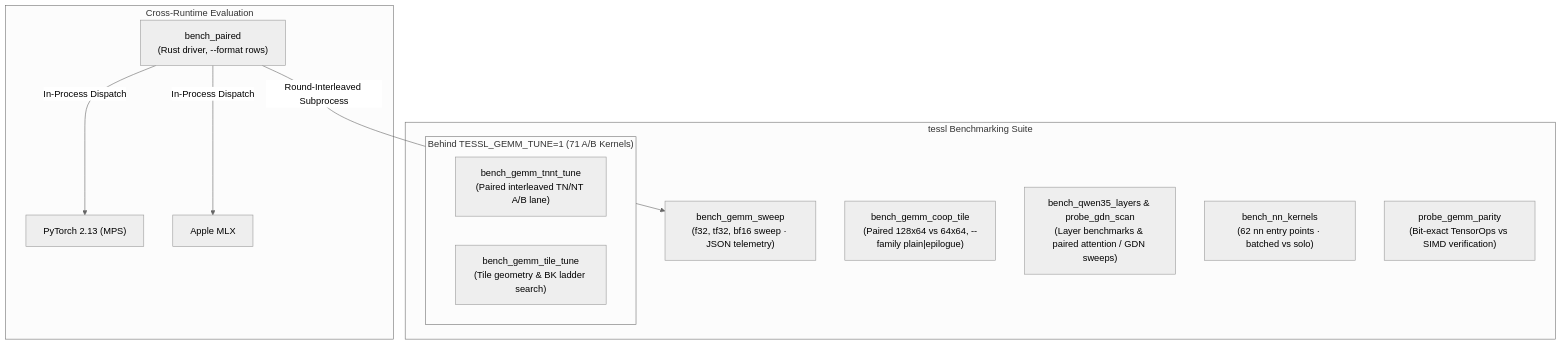
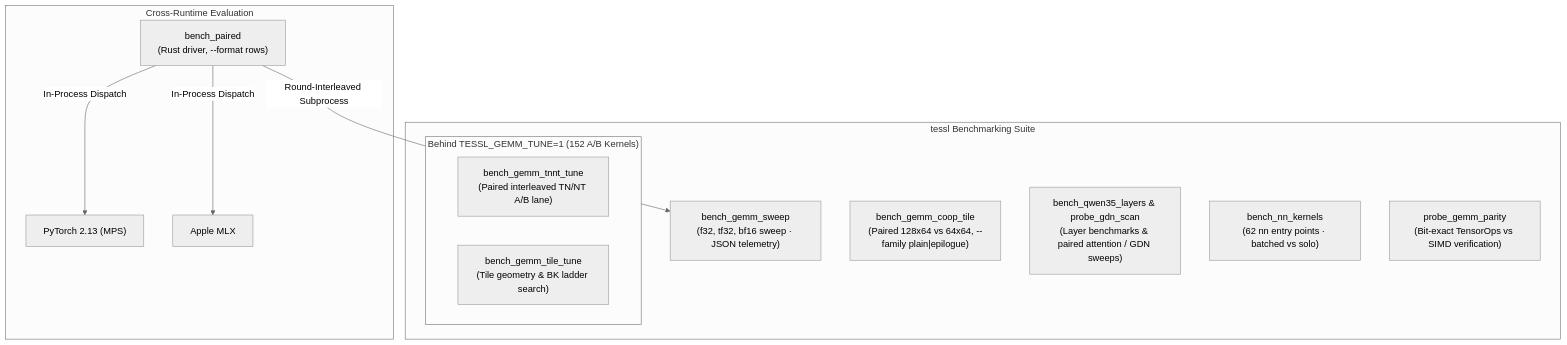
Before and after one commit to bharathvbcr/tessl: the first of 5 diagrams in docs/benchmarking.md, drawn with Mermaid (neutral theme). The commit also changed other lines of this file and 26 other files, not shown here.

````diff
--- a/docs/benchmarking.md
+++ b/docs/benchmarking.md
@@ -25,25 +25,25 @@
 ```mermaid
 flowchart TD
     subgraph Suite["tessl Benchmarking Suite"]
         Sweep["bench_gemm_sweep<br/>(f32, tf32, bf16 sweep · JSON telemetry)"]
         TileAB["bench_gemm_coop_tile<br/>(Paired 128x64 vs 64x64, --family plain|epilogue)"]
         QwenBench["bench_qwen35_layers &amp; probe_gdn_scan<br/>(Layer benchmarks &amp; paired attention / GDN sweeps)"]
         NnBench["bench_nn_kernels<br/>(62 nn entry points · batched vs solo)"]
         Parity["probe_gemm_parity<br/>(Bit-exact TensorOps vs SIMD verification)"]
         
-        subgraph TuneGated["Behind TESSL_GEMM_TUNE=1 (71 A/B Kernels)"]
+        subgraph TuneGated["Behind TESSL_GEMM_TUNE=1 (152 A/B Kernels)"]
             TnNtTune["bench_gemm_tnnt_tune<br/>(Paired interleaved TN/NT A/B lane)"]
             TileTune["bench_gemm_tile_tune<br/>(Tile geometry &amp; BK ladder search)"]
         end
     end
 
     subgraph CrossRuntime["Cross-Runtime Evaluation"]
         PyHarness["bench_paired<br/>(Rust driver, --format rows)"]
         TorchMPS["PyTorch 2.13 (MPS)"]
         MLX["Apple MLX"]
     end
 
     PyHarness -->|Round-Interleaved Subprocess| Sweep
     PyHarness -->|In-Process Dispatch| TorchMPS
     PyHarness -->|In-Process Dispatch| MLX
 ```
````
